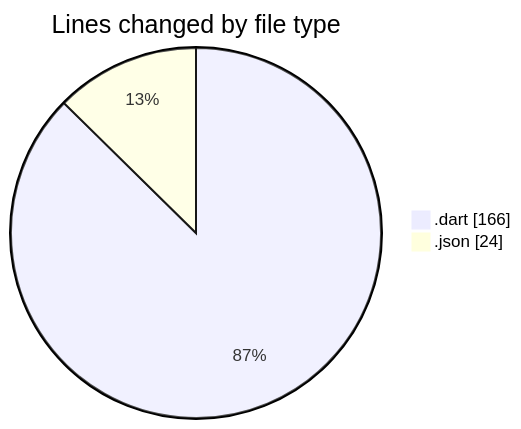
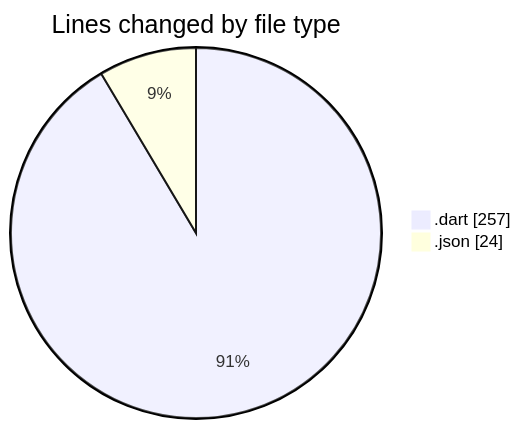
Before and after one commit to lephambinh05/code-tracking: the first of 2 diagrams in 2025-08-04/studybuddy/README.md, drawn with Mermaid. The commit also changed other lines of this file and 1 other file, not shown here.

````diff
--- a/2025-08-04/studybuddy/README.md
+++ b/2025-08-04/studybuddy/README.md
@@ -26,6 +27,6 @@
 ```mermaid
 pie showData
 title Lines changed by file type
-".dart" : 166
+".dart" : 257
 ".json" : 24
 ```
````
